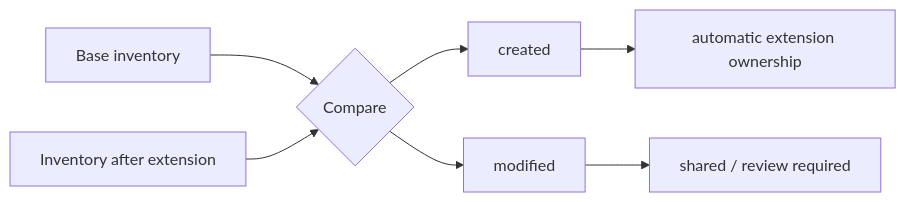
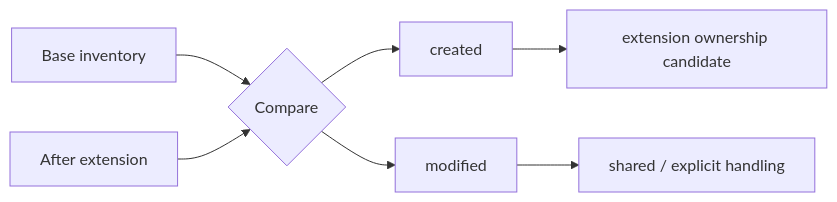
Before and after one commit to adeccscholar/BuildEngine-Admin: the third of 4 diagrams in admin/server-docs/buildengine.md, drawn with Mermaid. The commit also changed other lines of this file, not shown here.

Commit message:
Align public BuildEngine architecture documentation

````diff
--- a/admin/server-docs/buildengine.md
+++ b/admin/server-docs/buildengine.md
@@ -130,9 +107,9 @@
 ```mermaid
 flowchart LR
-    BI[Base inventory] --> CMP{Compare}
-    EI[Inventory after extension] --> CMP
-    CMP --> C[created]
-    CMP --> M[modified]
-    C --> O[automatic extension ownership]
-    M --> R[shared / review required]
+    B[Base inventory] --> D{Compare}
+    A[After extension] --> D
+    D --> C[created]
+    D --> M[modified]
+    C --> O[extension ownership candidate]
+    M --> S[shared / explicit handling]
 ```
````
